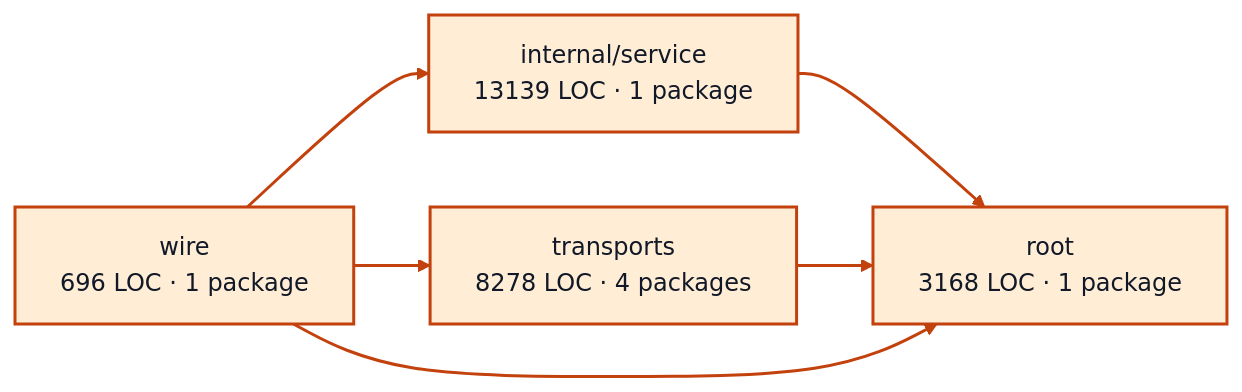
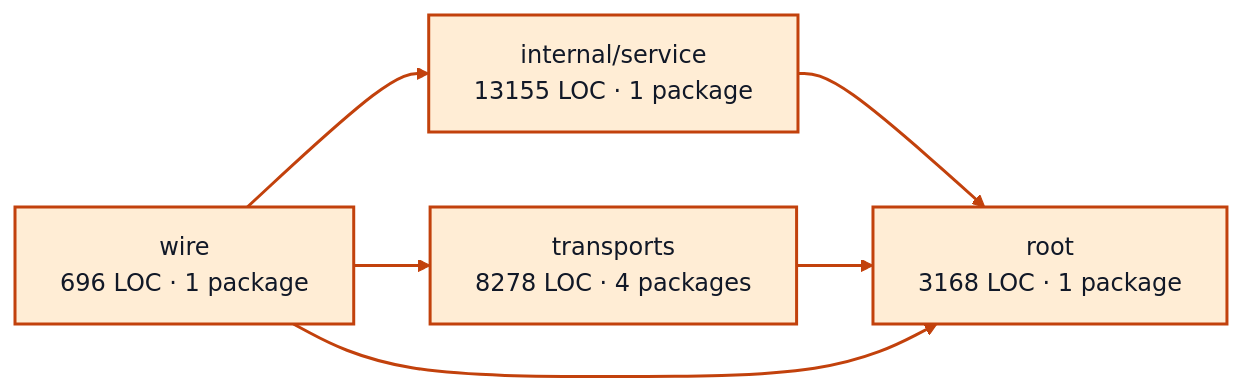
One commit to portpowered/you-agent-factory changed the diagram in docs/architecture/visualizations/services/worker_sessions.md. Above: the diagram before and after it, drawn with Mermaid. The commit also changed other lines of this file and 20 other files, not shown here.

Commit message:
docs: refresh backend architecture visualizations

````diff
--- a/docs/architecture/visualizations/services/worker_sessions.md
+++ b/docs/architecture/visualizations/services/worker_sessions.md
@@ -11,17 +11,17 @@
 ```mermaid
 flowchart LR
-  p0["internal/service<br/>13139 LOC · 1 package"]
+  p0["internal/service<br/>13155 LOC · 1 package"]
   p1["root<br/>3168 LOC · 1 package"]
   p2["transports<br/>8278 LOC · 4 packages"]
   p3["wire<br/>696 LOC · 1 package"]
   p0 --> p1
   p2 --> p1
   p3 --> p0
   p3 --> p1
   p3 --> p2
   style p0 fill:#ffedd5,stroke:#c2410c,stroke-width:2px,color:#111827
   style p1 fill:#ffedd5,stroke:#c2410c,stroke-width:2px,color:#111827
   style p2 fill:#ffedd5,stroke:#c2410c,stroke-width:2px,color:#111827
   style p3 fill:#ffedd5,stroke:#c2410c,stroke-width:2px,color:#111827
   linkStyle default stroke:#c2410c,stroke-width:2px
 ```
````
